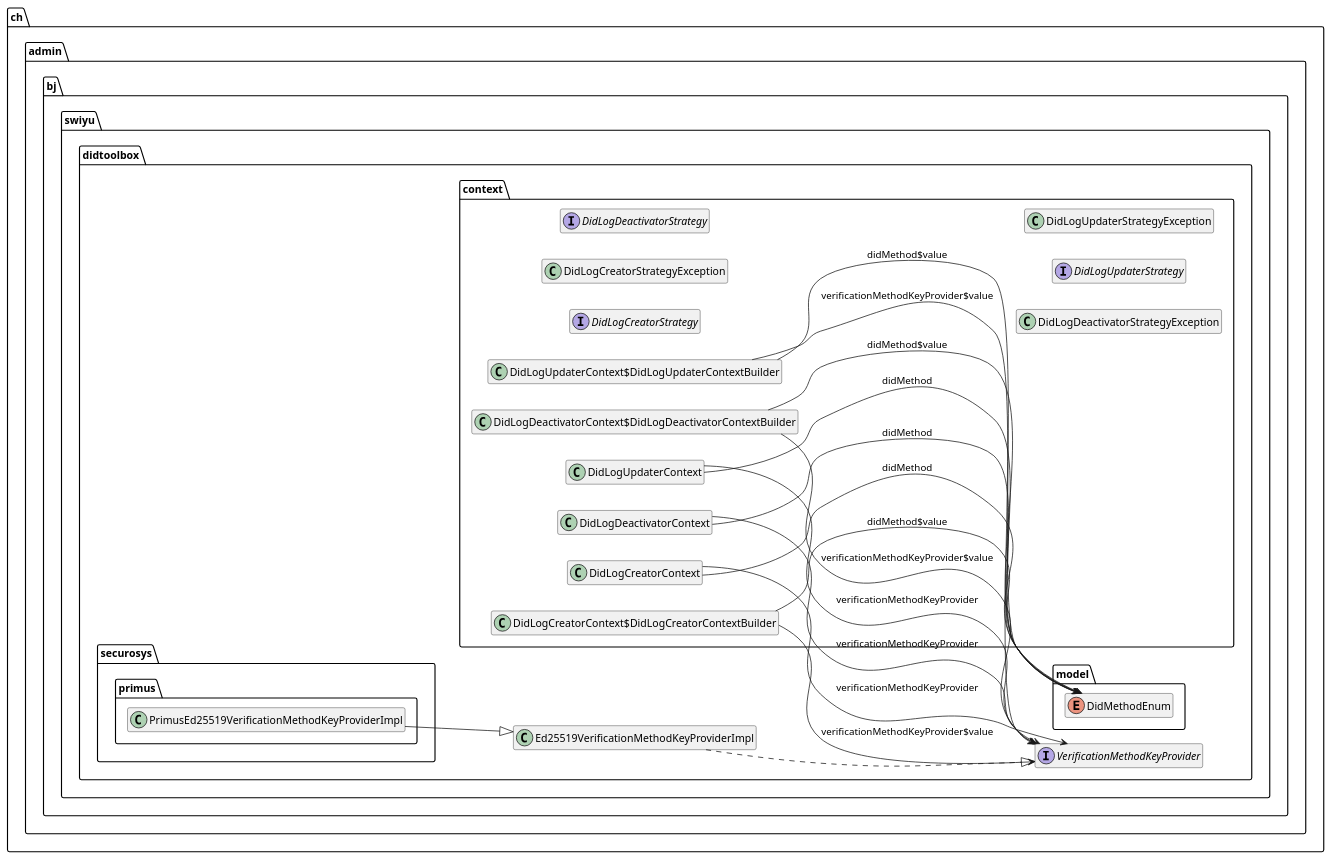
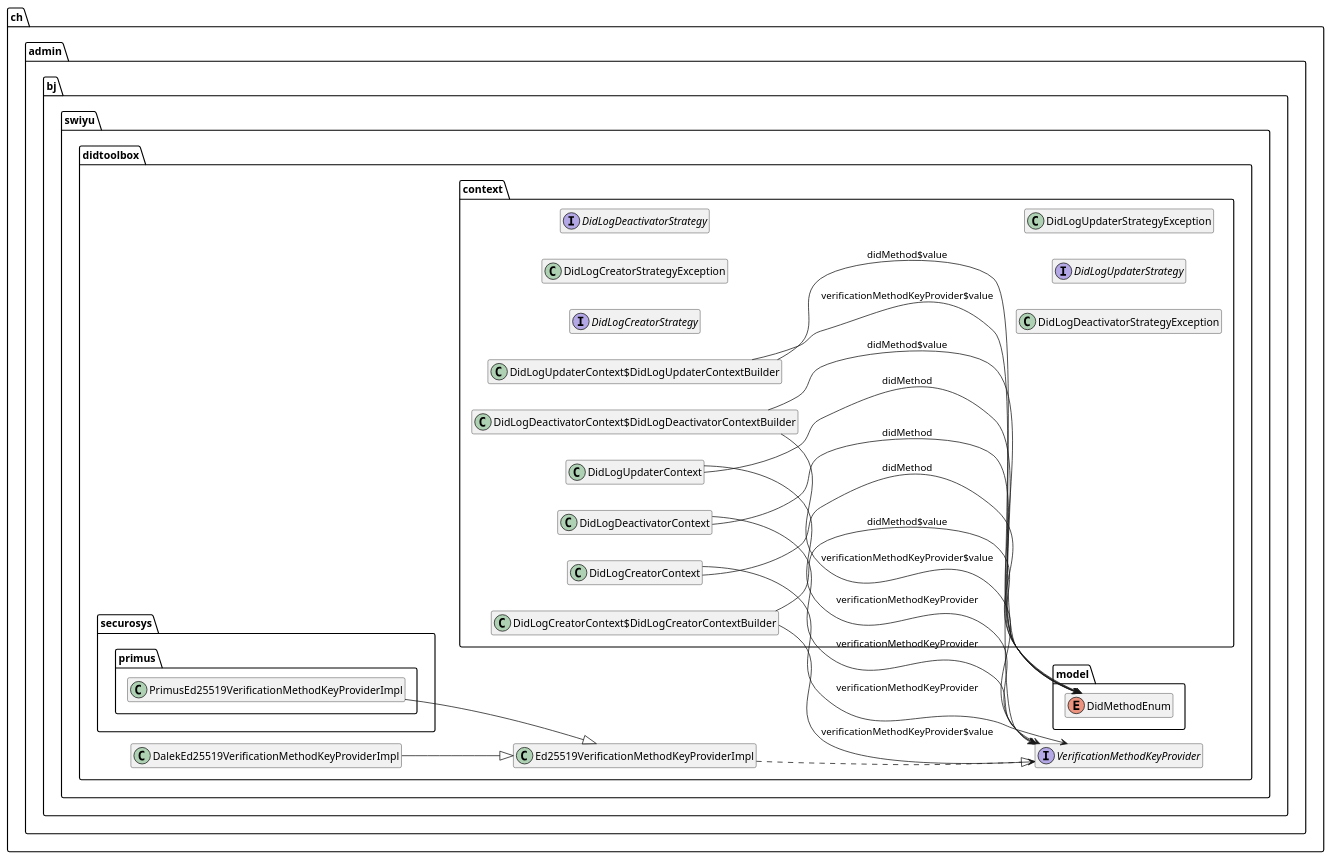
Before and after one commit to swiyu-admin-ch/didtoolbox-java: the diagram in src/main/plantuml/didtoolbox-api-classes-only.puml, drawn with PlantUML. The commit also changed 24 other files, not shown here.

Commit message:
EIDOMNI-544: Initial attempt to extensively reuse Rust crypto logic (from DID Resolver 2.5.0)

```diff
--- a/src/main/plantuml/didtoolbox-api-classes-only.puml
+++ b/src/main/plantuml/didtoolbox-api-classes-only.puml
@@ -2,136 +2,147 @@
 @startuml
 
 left to right direction
+
+
+class ch.admin.bj.swiyu.didtoolbox.DalekEd25519VerificationMethodKeyProviderImpl {
+	{field} #cryptoSuite : ch.admin.eid.did_sidekicks.EddsaJcs2022Cryptosuite
+	{field} #signingKey : ch.admin.eid.did_sidekicks.Ed25519SigningKey
+	{method} +addEddsaJcs2022DataIntegrityProof ( paramJsonElement1 : com.google.gson.JsonElement , paramString2 : String , paramString3 : String , paramZonedDateTime4 : java.time.ZonedDateTime ) : String
+	{method} +generateSignature ( param[B1 : [B ) : [B
+	{method} +getVerificationKeyMultibase () : String
+	{method} +writePublicKeyAsPem ( paramString1 : String ) : void
+}
 
 
 class ch.admin.bj.swiyu.didtoolbox.Ed25519VerificationMethodKeyProviderImpl {
 	{field} #keyPair : java.security.KeyPair
 	{field} #provider : java.security.Provider
 	{method} +generateSignature ( param[B1 : [B ) : [B
 	{method} +getVerificationKeyMultibase () : String
 	{method} +isKeyMultibaseInSet ( paramSet1 : java.util.Set ) : boolean
 	{method} +writePublicKeyAsPem ( paramFile1 : java.io.File ) : void
 }
 
 
 interface ch.admin.bj.swiyu.didtoolbox.VerificationMethodKeyProvider {
 	{method}  {abstract} +generateSignature ( param[B1 : [B ) : [B
 	{method}  {abstract} +getVerificationKeyMultibase () : String
 	{method}  {abstract} +isKeyMultibaseInSet ( paramSet1 : java.util.Set ) : boolean
 }
 
 
 class ch.admin.bj.swiyu.didtoolbox.context.DidLogCreatorContext {
 	{method} +create ( paramURL1 : java.net.URL ) : String
 }
 
 
 class ch.admin.bj.swiyu.didtoolbox.context.DidLogCreatorContext$DidLogCreatorContextBuilder {
 	{method} +assertionMethodKeys ( paramMap1 : java.util.Map ) : ch.admin.bj.swiyu.didtoolbox.context.DidLogCreatorContext$DidLogCreatorContextBuilder
 	{method} +authenticationKeys ( paramMap1 : java.util.Map ) : ch.admin.bj.swiyu.didtoolbox.context.DidLogCreatorContext$DidLogCreatorContextBuilder
 	{method} +build () : ch.admin.bj.swiyu.didtoolbox.context.DidLogCreatorContext
 	{method} +didMethod ( paramDidMethodEnum1 : ch.admin.bj.swiyu.didtoolbox.model.DidMethodEnum ) : ch.admin.bj.swiyu.didtoolbox.context.DidLogCreatorContext$DidLogCreatorContextBuilder
 	{method} +forceOverwrite ( paramboolean1 : boolean ) : ch.admin.bj.swiyu.didtoolbox.context.DidLogCreatorContext$DidLogCreatorContextBuilder
 	{method} +nextKeys ( paramSet1 : java.util.Set ) : ch.admin.bj.swiyu.didtoolbox.context.DidLogCreatorContext$DidLogCreatorContextBuilder
 	{method} +toString () : String
 	{method} +updateKeys ( paramSet1 : java.util.Set ) : ch.admin.bj.swiyu.didtoolbox.context.DidLogCreatorContext$DidLogCreatorContextBuilder
 	{method} +verificationMethodKeyProvider ( paramVerificationMethodKeyProvider1 : ch.admin.bj.swiyu.didtoolbox.VerificationMethodKeyProvider ) : ch.admin.bj.swiyu.didtoolbox.context.DidLogCreatorContext$DidLogCreatorContextBuilder
 }
 
 
 interface ch.admin.bj.swiyu.didtoolbox.context.DidLogCreatorStrategy {
 	{method}  {abstract} +createDidLog ( paramURL1 : java.net.URL ) : String
 	{method}  {abstract} +createDidLog ( paramURL1 : java.net.URL , paramZonedDateTime2 : java.time.ZonedDateTime ) : String
 }
 
 
 class ch.admin.bj.swiyu.didtoolbox.context.DidLogCreatorStrategyException {
 }
 
 
 class ch.admin.bj.swiyu.didtoolbox.context.DidLogDeactivatorContext {
 	{method} +deactivate ( paramString1 : String ) : String
 	{method} +deactivate ( paramFile1 : java.io.File ) : String
 }
 
 
 class ch.admin.bj.swiyu.didtoolbox.context.DidLogDeactivatorContext$DidLogDeactivatorContextBuilder {
 	{method} +build () : ch.admin.bj.swiyu.didtoolbox.context.DidLogDeactivatorContext
 	{method} +didMethod ( paramDidMethodEnum1 : ch.admin.bj.swiyu.didtoolbox.model.DidMethodEnum ) : ch.admin.bj.swiyu.didtoolbox.context.DidLogDeactivatorContext$DidLogDeactivatorContextBuilder
 	{method} +toString () : String
 	{method} +verificationMethodKeyProvider ( paramVerificationMethodKeyProvider1 : ch.admin.bj.swiyu.didtoolbox.VerificationMethodKeyProvider ) : ch.admin.bj.swiyu.didtoolbox.context.DidLogDeactivatorContext$DidLogDeactivatorContextBuilder
 }
 
 
 interface ch.admin.bj.swiyu.didtoolbox.context.DidLogDeactivatorStrategy {
 	{method}  {abstract} +deactivateDidLog ( paramString1 : String ) : String
 	{method}  {abstract} +deactivateDidLog ( paramFile1 : java.io.File ) : String
 	{method}  {abstract} +deactivateDidLog ( paramString1 : String , paramZonedDateTime2 : java.time.ZonedDateTime ) : String
 }
 
 
 class ch.admin.bj.swiyu.didtoolbox.context.DidLogDeactivatorStrategyException {
 }
 
 
 class ch.admin.bj.swiyu.didtoolbox.context.DidLogUpdaterContext {
 	{method} +update ( paramString1 : String ) : String
 	{method} +update ( paramFile1 : java.io.File ) : String
 }
 
 
 class ch.admin.bj.swiyu.didtoolbox.context.DidLogUpdaterContext$DidLogUpdaterContextBuilder {
 	{method} +assertionMethodKeys ( paramMap1 : java.util.Map ) : ch.admin.bj.swiyu.didtoolbox.context.DidLogUpdaterContext$DidLogUpdaterContextBuilder
 	{method} +authenticationKeys ( paramMap1 : java.util.Map ) : ch.admin.bj.swiyu.didtoolbox.context.DidLogUpdaterContext$DidLogUpdaterContextBuilder
 	{method} +build () : ch.admin.bj.swiyu.didtoolbox.context.DidLogUpdaterContext
 	{method} +didMethod ( paramDidMethodEnum1 : ch.admin.bj.swiyu.didtoolbox.model.DidMethodEnum ) : ch.admin.bj.swiyu.didtoolbox.context.DidLogUpdaterContext$DidLogUpdaterContextBuilder
 	{method} +nextKeys ( paramSet1 : java.util.Set ) : ch.admin.bj.swiyu.didtoolbox.context.DidLogUpdaterContext$DidLogUpdaterContextBuilder
 	{method} +toString () : String
 	{method} +updateKeys ( paramSet1 : java.util.Set ) : ch.admin.bj.swiyu.didtoolbox.context.DidLogUpdaterContext$DidLogUpdaterContextBuilder
 	{method} +verificationMethodKeyProvider ( paramVerificationMethodKeyProvider1 : ch.admin.bj.swiyu.didtoolbox.VerificationMethodKeyProvider ) : ch.admin.bj.swiyu.didtoolbox.context.DidLogUpdaterContext$DidLogUpdaterContextBuilder
 }
 
 
 interface ch.admin.bj.swiyu.didtoolbox.context.DidLogUpdaterStrategy {
 	{method}  {abstract} +updateDidLog ( paramString1 : String ) : String
 	{method}  {abstract} +updateDidLog ( paramFile1 : java.io.File ) : String
 	{method}  {abstract} +updateDidLog ( paramString1 : String , paramZonedDateTime2 : java.time.ZonedDateTime ) : String
 }
 
 
 class ch.admin.bj.swiyu.didtoolbox.context.DidLogUpdaterStrategyException {
 }
 
 
 enum ch.admin.bj.swiyu.didtoolbox.model.DidMethodEnum {
 	{field} +TDW_0_3
 	{field} +WEBVH_1_0
 }
 
 
 class ch.admin.bj.swiyu.didtoolbox.securosys.primus.PrimusEd25519VerificationMethodKeyProviderImpl {
 	{method} +generateSignature ( param[B1 : [B ) : [B
 }
 
 
 
 
+ch.admin.bj.swiyu.didtoolbox.DalekEd25519VerificationMethodKeyProviderImpl --|>  ch.admin.bj.swiyu.didtoolbox.Ed25519VerificationMethodKeyProviderImpl
 ch.admin.bj.swiyu.didtoolbox.Ed25519VerificationMethodKeyProviderImpl ..|>  ch.admin.bj.swiyu.didtoolbox.VerificationMethodKeyProvider
 ch.admin.bj.swiyu.didtoolbox.context.DidLogCreatorContext -->  ch.admin.bj.swiyu.didtoolbox.VerificationMethodKeyProvider : verificationMethodKeyProvider
 ch.admin.bj.swiyu.didtoolbox.context.DidLogCreatorContext -->  ch.admin.bj.swiyu.didtoolbox.model.DidMethodEnum : didMethod
 ch.admin.bj.swiyu.didtoolbox.context.DidLogCreatorContext$DidLogCreatorContextBuilder -->  ch.admin.bj.swiyu.didtoolbox.VerificationMethodKeyProvider : verificationMethodKeyProvider$value
 ch.admin.bj.swiyu.didtoolbox.context.DidLogCreatorContext$DidLogCreatorContextBuilder -->  ch.admin.bj.swiyu.didtoolbox.model.DidMethodEnum : didMethod$value
 ch.admin.bj.swiyu.didtoolbox.context.DidLogDeactivatorContext -->  ch.admin.bj.swiyu.didtoolbox.VerificationMethodKeyProvider : verificationMethodKeyProvider
 ch.admin.bj.swiyu.didtoolbox.context.DidLogDeactivatorContext -->  ch.admin.bj.swiyu.didtoolbox.model.DidMethodEnum : didMethod
 ch.admin.bj.swiyu.didtoolbox.context.DidLogDeactivatorContext$DidLogDeactivatorContextBuilder -->  ch.admin.bj.swiyu.didtoolbox.VerificationMethodKeyProvider : verificationMethodKeyProvider$value
 ch.admin.bj.swiyu.didtoolbox.context.DidLogDeactivatorContext$DidLogDeactivatorContextBuilder -->  ch.admin.bj.swiyu.didtoolbox.model.DidMethodEnum : didMethod$value
 ch.admin.bj.swiyu.didtoolbox.context.DidLogUpdaterContext -->  ch.admin.bj.swiyu.didtoolbox.VerificationMethodKeyProvider : verificationMethodKeyProvider
 ch.admin.bj.swiyu.didtoolbox.context.DidLogUpdaterContext -->  ch.admin.bj.swiyu.didtoolbox.model.DidMethodEnum : didMethod
 ch.admin.bj.swiyu.didtoolbox.context.DidLogUpdaterContext$DidLogUpdaterContextBuilder -->  ch.admin.bj.swiyu.didtoolbox.VerificationMethodKeyProvider : verificationMethodKeyProvider$value
 ch.admin.bj.swiyu.didtoolbox.context.DidLogUpdaterContext$DidLogUpdaterContextBuilder -->  ch.admin.bj.swiyu.didtoolbox.model.DidMethodEnum : didMethod$value
 ch.admin.bj.swiyu.didtoolbox.securosys.primus.PrimusEd25519VerificationMethodKeyProviderImpl --|>  ch.admin.bj.swiyu.didtoolbox.Ed25519VerificationMethodKeyProviderImpl
 
 hide fields
 hide methods
 
 @enduml
```
